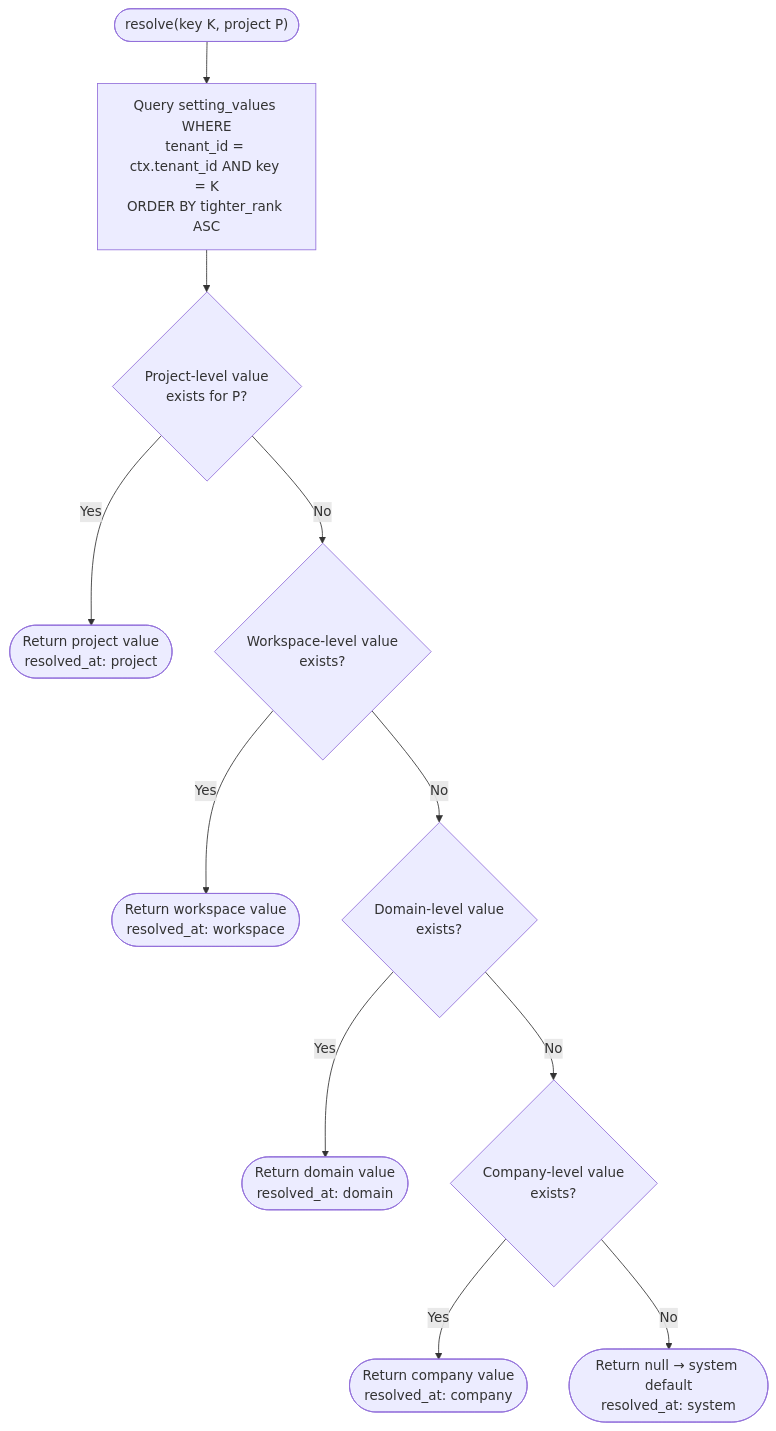
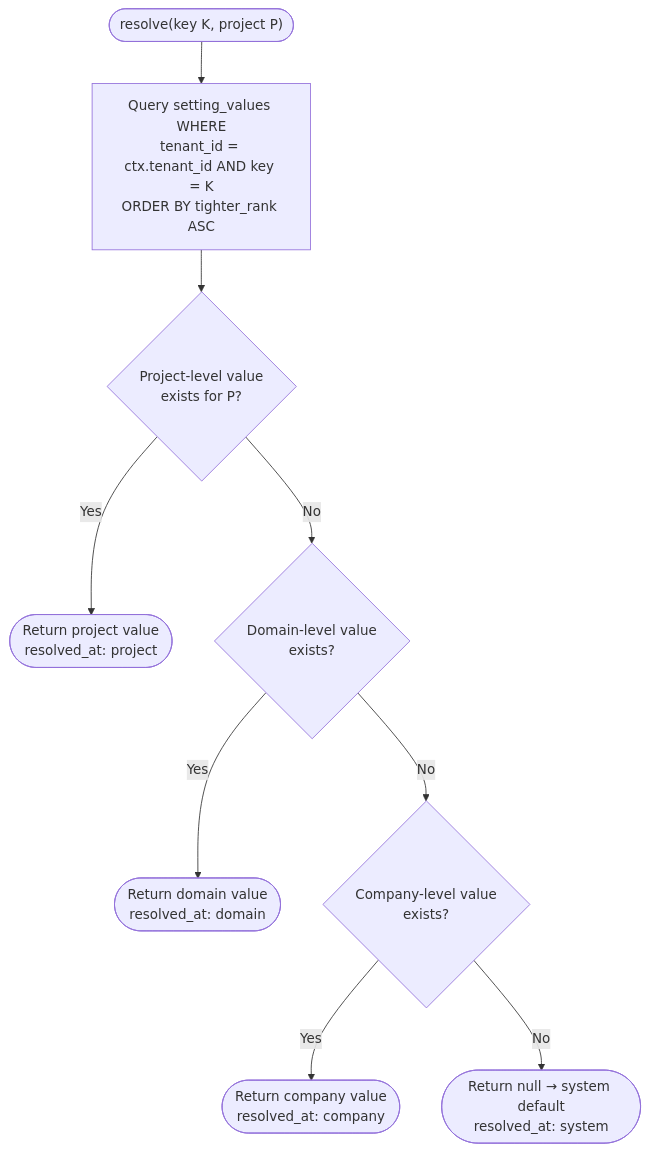
Before and after one commit to gazzwi86/weave: the third of 10 diagrams in docs/specs/weave/engines/weave-platform/tech-spec/business-process.md, drawn with Mermaid. The commit also changed other lines of this file and 17 other files, not shown here.

````diff
--- a/docs/specs/weave/engines/weave-platform/tech-spec/business-process.md
+++ b/docs/specs/weave/engines/weave-platform/tech-spec/business-process.md
@@ -103,13 +107,11 @@
 ```mermaid
 flowchart TD
     A(["resolve(key K, project P)"]) --> B["Query setting_values WHERE<br/>tenant_id = ctx.tenant_id AND key = K<br/>ORDER BY tighter_rank ASC"]
     B --> C{Project-level value<br/>exists for P?}
     C -->|Yes| R1(["Return project value<br/>resolved_at: project"])
-    C -->|No| D{Workspace-level value<br/>exists?}
-    D -->|Yes| R2(["Return workspace value<br/>resolved_at: workspace"])
-    D -->|No| E{Domain-level value<br/>exists?}
+    C -->|No| E{Domain-level value<br/>exists?}
     E -->|Yes| R3(["Return domain value<br/>resolved_at: domain"])
     E -->|No| F{Company-level value<br/>exists?}
     F -->|Yes| R4(["Return company value<br/>resolved_at: company"])
     F -->|No| R5(["Return null → system default<br/>resolved_at: system"])
 ```
````
